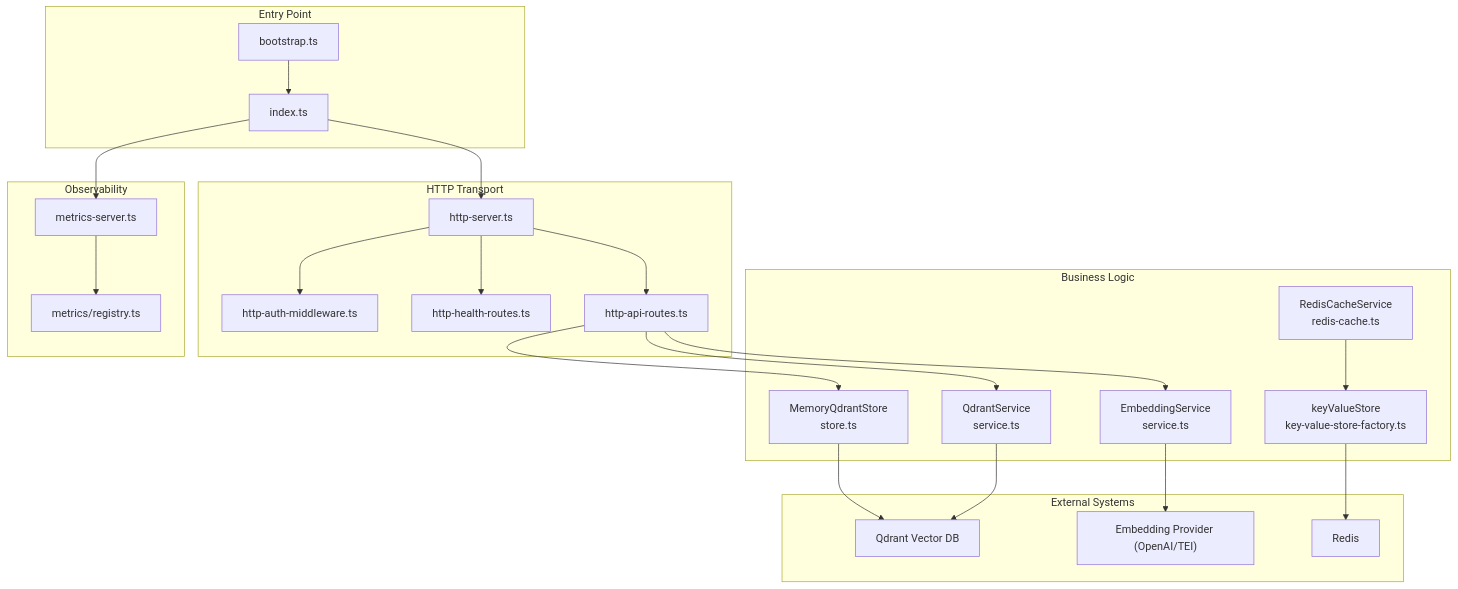
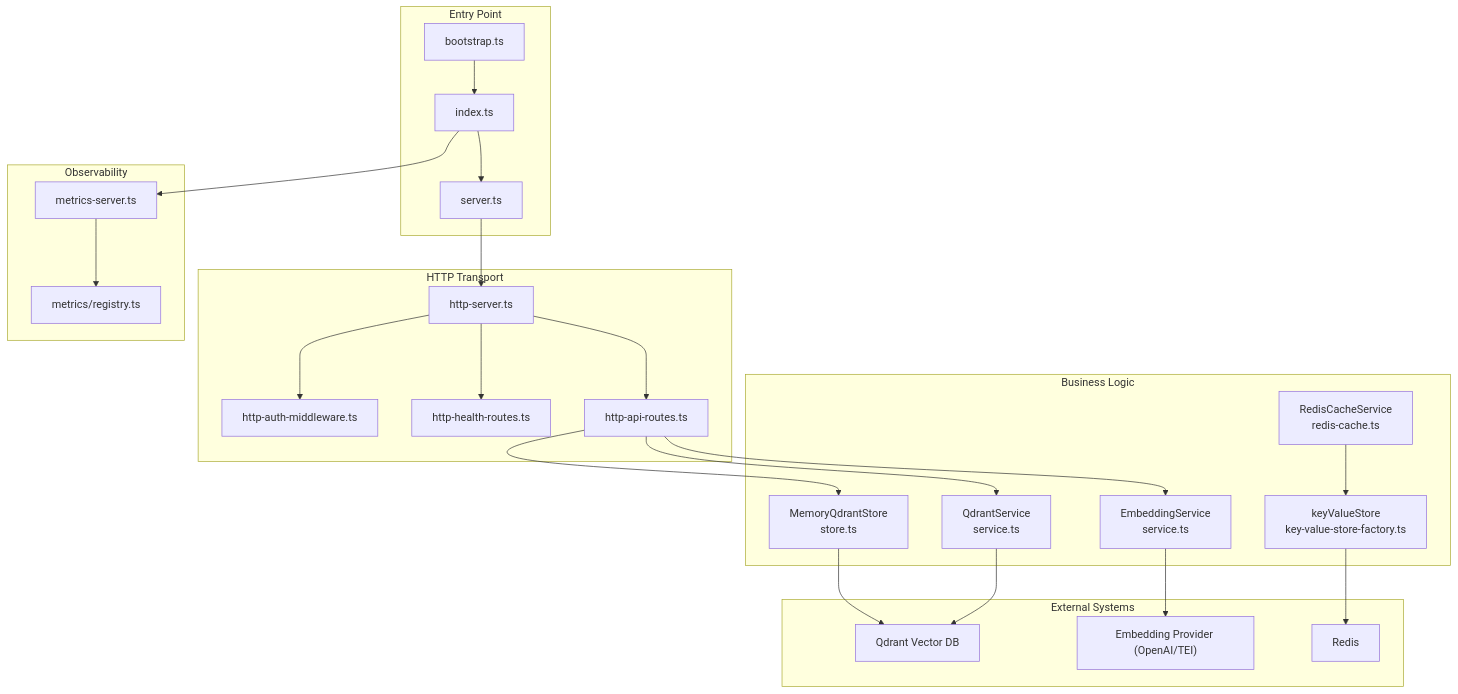
Before and after one commit to debian777/kairos-mcp: the first of 10 diagrams in .qoder/repowiki/en/content/Architecture & Design/Core Services Architecture/Core Services Architecture.md, drawn with Mermaid. The commit also changed other lines of this file and 17 other files, not shown here.

````diff
--- a/.qoder/repowiki/en/content/Architecture & Design/Core Services Architecture/Core Services Architecture.md
+++ b/.qoder/repowiki/en/content/Architecture & Design/Core Services Architecture/Core Services Architecture.md
@@ -47,44 +56,46 @@
 ```mermaid
 graph TB
 subgraph "Entry Point"
 B["bootstrap.ts"]
 I["index.ts"]
+S["server.ts"]
 end
 subgraph "HTTP Transport"
 HS["http-server.ts"]
 AM["http-auth-middleware.ts"]
 HR["http-health-routes.ts"]
 AR["http-api-routes.ts"]
 end
 subgraph "Business Logic"
 MS["MemoryQdrantStore<br/>store.ts"]
 QS["QdrantService<br/>service.ts"]
 ES["EmbeddingService<br/>service.ts"]
 RC["RedisCacheService<br/>redis-cache.ts"]
 KV["keyValueStore<br/>key-value-store-factory.ts"]
 end
 subgraph "External Systems"
 QD["Qdrant Vector DB"]
 TEI["Embedding Provider (OpenAI/TEI)"]
 RD["Redis"]
 end
 subgraph "Observability"
 MET["metrics-server.ts"]
 REG["metrics/registry.ts"]
 end
 B --> I
-I --> HS
+I --> S
+S --> HS
 HS --> AM
 HS --> HR
 HS --> AR
 AR --> MS
 AR --> QS
 AR --> ES
 MS --> QD
 QS --> QD
 ES --> TEI
 RC --> KV
 KV --> RD
 I --> MET
 MET --> REG
 ```
````
